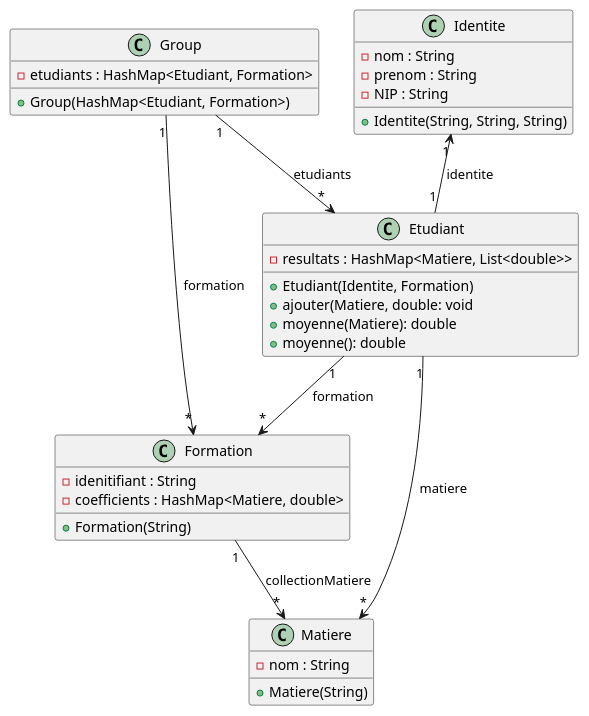
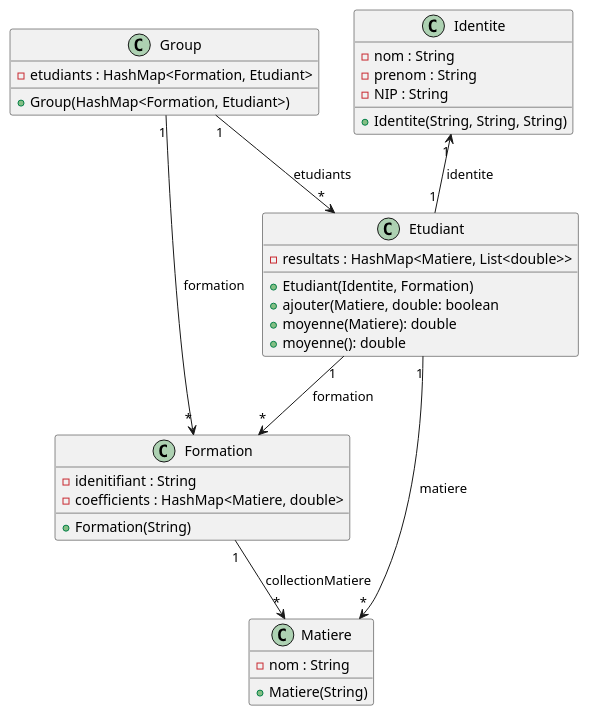
One commit to AssalHugo/TP2Exo3 changed the diagram in TP2Exo3/Diagramme_De_Classe.puml. Above: the diagram before and after it, drawn with PlantUML. The commit also changed 1 other file, not shown here.

Commit message:
Modifications de Etudiant et diagramme

```diff
--- a/TP2Exo3/Diagramme_De_Classe.puml
+++ b/TP2Exo3/Diagramme_De_Classe.puml
@@ -1,42 +1,42 @@
 @startuml
 'https://plantuml.com/class-diagram
 
 class Etudiant{
  - resultats : HashMap<Matiere, List<double>>
     + Etudiant(Identite, Formation)
-    + ajouter(Matiere, double: void
+    + ajouter(Matiere, double: boolean
     + moyenne(Matiere): double
     + moyenne(): double
 }
 
 class Identite{
  - nom : String
  - prenom : String
  - NIP : String
     + Identite(String, String, String)
 }
 
 class Formation{
 - idenitifiant : String
 - coefficients : HashMap<Matiere, double>
     + Formation(String)
 }
 
 class Matiere{
  - nom : String
     + Matiere(String)
 }
 
 class Group{
-- etudiants : HashMap<Etudiant, Formation>
-    + Group(HashMap<Etudiant, Formation>)
+- etudiants : HashMap<Formation, Etudiant>
+    + Group(HashMap<Formation, Etudiant>)
 }
 
 Identite "1" <-- "1" Etudiant : identite
 Etudiant "1" --> "*" Formation : formation
 Etudiant "1" --> "*" Matiere : matiere
 Formation "1" --> "*" Matiere : collectionMatiere
 Group  "1" --> "*" Formation : formation
 Group  "1" --> "*" Etudiant : etudiants
 
 @enduml
```
